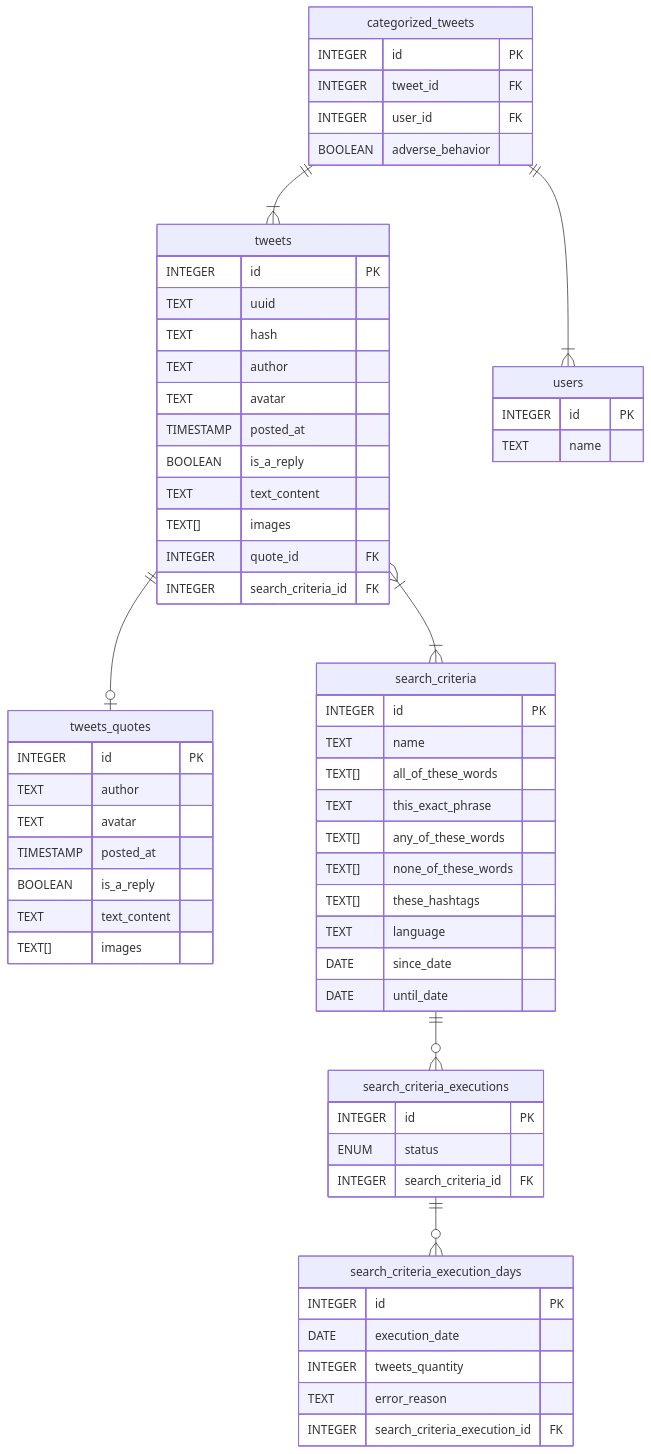
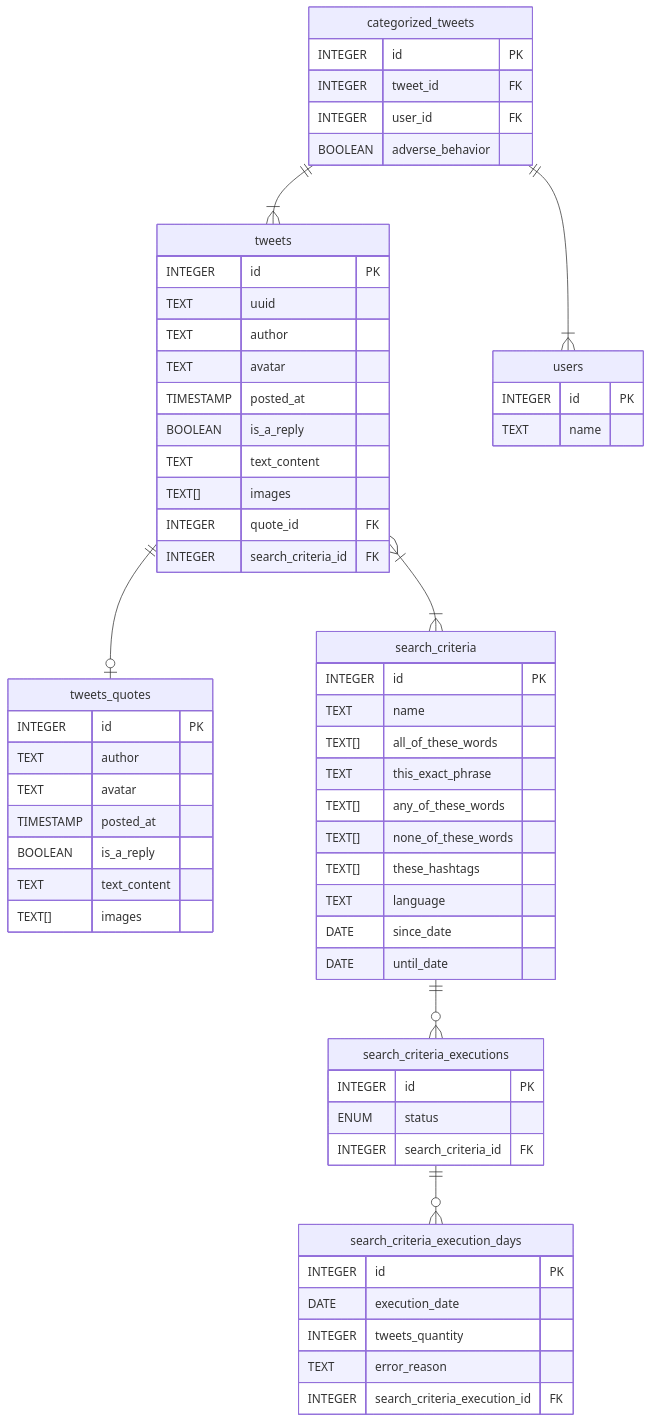
The diagram in README.md (lhbelfanti/ahbcc), drawn with Mermaid before and after one commit. The commit also changed 7 other files, not shown here.

````diff
--- a/README.md
+++ b/README.md
@@ -53,65 +53,64 @@
 ```mermaid
 erDiagram
     tweets ||--o| tweets_quotes : ""
     tweets }|--|{ search_criteria : ""
     tweets {
         INTEGER id PK
         TEXT uuid
-        TEXT hash
         TEXT author
         TEXT avatar
         TIMESTAMP posted_at
         BOOLEAN is_a_reply
         TEXT text_content
         TEXT[] images
         INTEGER quote_id FK
         INTEGER search_criteria_id FK
     }
     tweets_quotes {
         INTEGER id PK
         TEXT author
         TEXT avatar
         TIMESTAMP posted_at
         BOOLEAN is_a_reply
         TEXT text_content
         TEXT[] images
     }
     search_criteria ||--o{ search_criteria_executions : ""
     search_criteria {
         INTEGER id PK
         TEXT name
         TEXT[] all_of_these_words
         TEXT this_exact_phrase
         TEXT[] any_of_these_words
         TEXT[] none_of_these_words
         TEXT[] these_hashtags
         TEXT language
         DATE since_date
         DATE until_date
     }
     search_criteria_executions ||--o{ search_criteria_execution_days : ""
     search_criteria_executions {
         INTEGER id PK
         ENUM status
         INTEGER search_criteria_id FK
     }
     search_criteria_execution_days {
         INTEGER id PK
         DATE execution_date
         INTEGER tweets_quantity
         TEXT error_reason
         INTEGER search_criteria_execution_id FK
     }
     users {
         INTEGER id PK
         TEXT name
     }
     categorized_tweets ||--|{ tweets : ""
     categorized_tweets ||--|{ users : ""
     categorized_tweets {
         INTEGER id PK
         INTEGER tweet_id FK
         INTEGER user_id FK
         BOOLEAN adverse_behavior
     }
 ```
````
